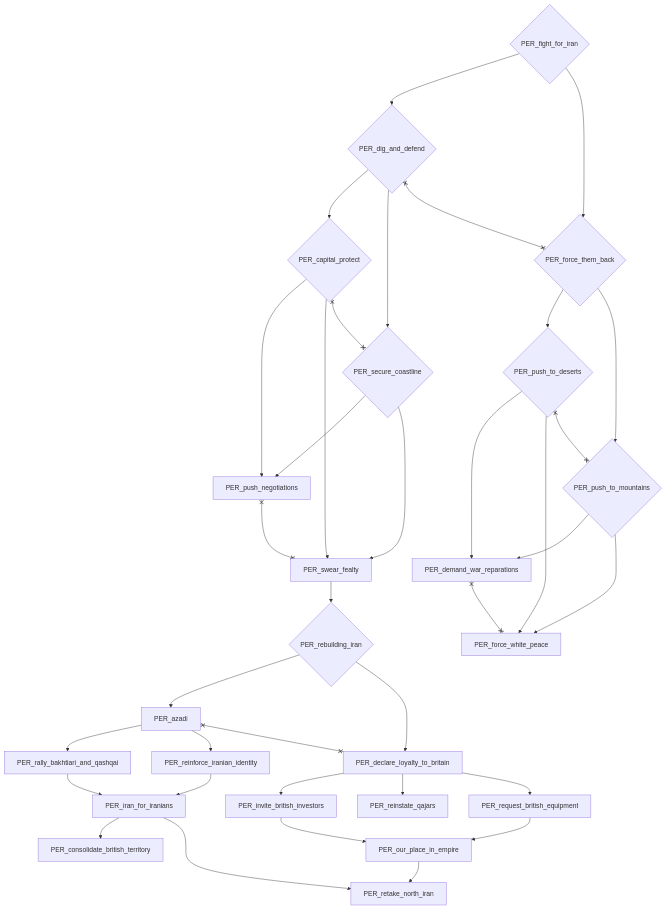
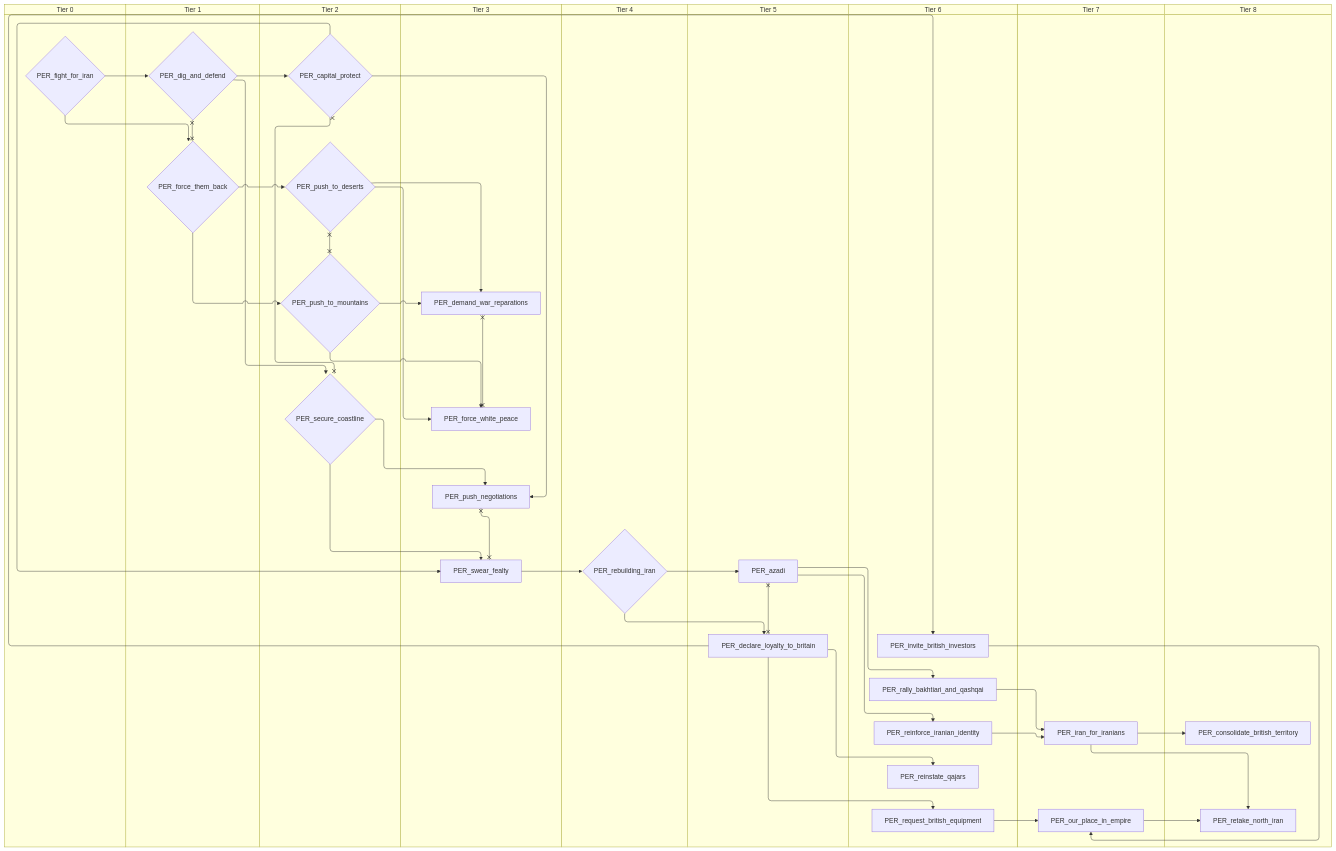
Before and after one commit to evgeny-sobol/hoi4-sandbox-mode-r56: the fifth of 9 diagrams in docs/gdd/National Focuses/r56/persia.md, drawn with Mermaid. The commit also changed other lines of this file and 423 other files, not shown here.

First line of the commit message:
Re-export Rt56 focus trees as swimlane diagrams

````diff
--- a/docs/gdd/National Focuses/r56/persia.md
+++ b/docs/gdd/National Focuses/r56/persia.md
@@ -167,61 +219,79 @@
 ```mermaid
-flowchart TD
-    n43["PER_azadi"]
-    n44{"PER_capital_protect"}
-    n45["PER_consolidate_british_territory"]
-    n46["PER_declare_loyalty_to_britain"]
-    n47["PER_demand_war_reparations"]
-    n48{"PER_dig_and_defend"}
-    n49{"PER_fight_for_iran"}
-    n50{"PER_force_them_back"}
-    n51["PER_force_white_peace"]
-    n52["PER_invite_british_investors"]
-    n53["PER_iran_for_iranians"]
-    n54["PER_our_place_in_empire"]
-    n55["PER_push_negotiations"]
-    n56{"PER_push_to_deserts"}
-    n57{"PER_push_to_mountains"}
-    n58["PER_rally_bakhtiari_and_qashqai"]
-    n59{"PER_rebuilding_iran"}
-    n60["PER_reinforce_iranian_identity"]
-    n61["PER_reinstate_qajars"]
-    n62["PER_request_british_equipment"]
-    n63["PER_retake_north_iran"]
-    n64{"PER_secure_coastline"}
-    n65["PER_swear_fealty"]
-    n59 --> n43
-    n48 --> n44
-    n53 --> n45
-    n59 --> n46
-    n56 --> n47
-    n57 --> n47
-    n49 --> n48
-    n49 --> n50
-    n56 --> n51
-    n57 --> n51
+swimlane-beta TD
+    subgraph tier_0["Tier 0"]
+        n43{"PER_fight_for_iran"}
+    end
+    subgraph tier_1["Tier 1"]
+        n44{"PER_dig_and_defend"}
+        n45{"PER_force_them_back"}
+    end
+    subgraph tier_2["Tier 2"]
+        n46{"PER_capital_protect"}
+        n47{"PER_push_to_deserts"}
+        n48{"PER_push_to_mountains"}
+        n49{"PER_secure_coastline"}
+    end
+    subgraph tier_3["Tier 3"]
+        n50["PER_demand_war_reparations"]
+        n51["PER_force_white_peace"]
+        n52["PER_push_negotiations"]
+        n53["PER_swear_fealty"]
+    end
+    subgraph tier_4["Tier 4"]
+        n54{"PER_rebuilding_iran"}
+    end
+    subgraph tier_5["Tier 5"]
+        n55["PER_azadi"]
+        n56["PER_declare_loyalty_to_britain"]
+    end
+    subgraph tier_6["Tier 6"]
+        n57["PER_invite_british_investors"]
+        n58["PER_rally_bakhtiari_and_qashqai"]
+        n59["PER_reinforce_iranian_identity"]
+        n60["PER_reinstate_qajars"]
+        n61["PER_request_british_equipment"]
+    end
+    subgraph tier_7["Tier 7"]
+        n62["PER_iran_for_iranians"]
+        n63["PER_our_place_in_empire"]
+    end
+    subgraph tier_8["Tier 8"]
+        n64["PER_consolidate_british_territory"]
+        n65["PER_retake_north_iran"]
+    end
+    n54 --> n55
+    n44 --> n46
+    n62 --> n64
+    n54 --> n56
+    n47 --> n50
+    n48 --> n50
+    n43 --> n44
+    n43 --> n45
+    n47 --> n51
+    n48 --> n51
+    n56 --> n57
+    n58 --> n62
+    n59 --> n62
+    n61 --> n63
+    n57 --> n63
     n46 --> n52
-    n58 --> n53
-    n60 --> n53
-    n62 --> n54
-    n52 --> n54
-    n44 --> n55
-    n64 --> n55
-    n50 --> n56
-    n50 --> n57
-    n43 --> n58
-    n65 --> n59
-    n43 --> n60
-    n46 --> n61
-    n46 --> n62
-    n54 --> n63
-    n53 --> n63
-    n48 --> n64
-    n44 --> n65
-    n64 --> n65
-    n43 x--x n46
-    n44 x--x n64
-    n47 x--x n51
-    n48 x--x n50
-    n55 x--x n65
-    n56 x--x n57
+    n49 --> n52
+    n45 --> n47
+    n45 --> n48
+    n55 --> n58
+    n53 --> n54
+    n55 --> n59
+    n56 --> n60
+    n56 --> n61
+    n63 --> n65
+    n62 --> n65
+    n44 --> n49
+    n46 --> n53
+    n49 --> n53
+    n55 x--x n56
+    n46 x--x n49
+    n50 x--x n51
+    n44 x--x n45
+    n52 x--x n53
+    n47 x--x n48
 ```
````
